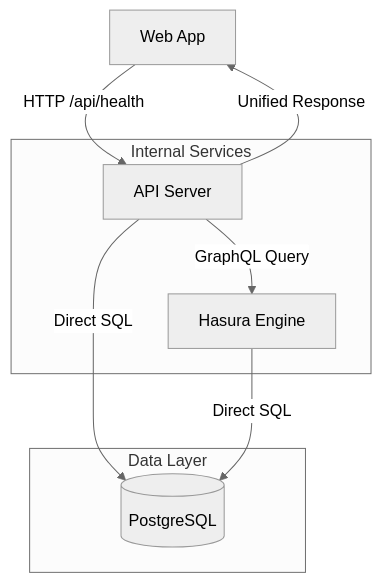
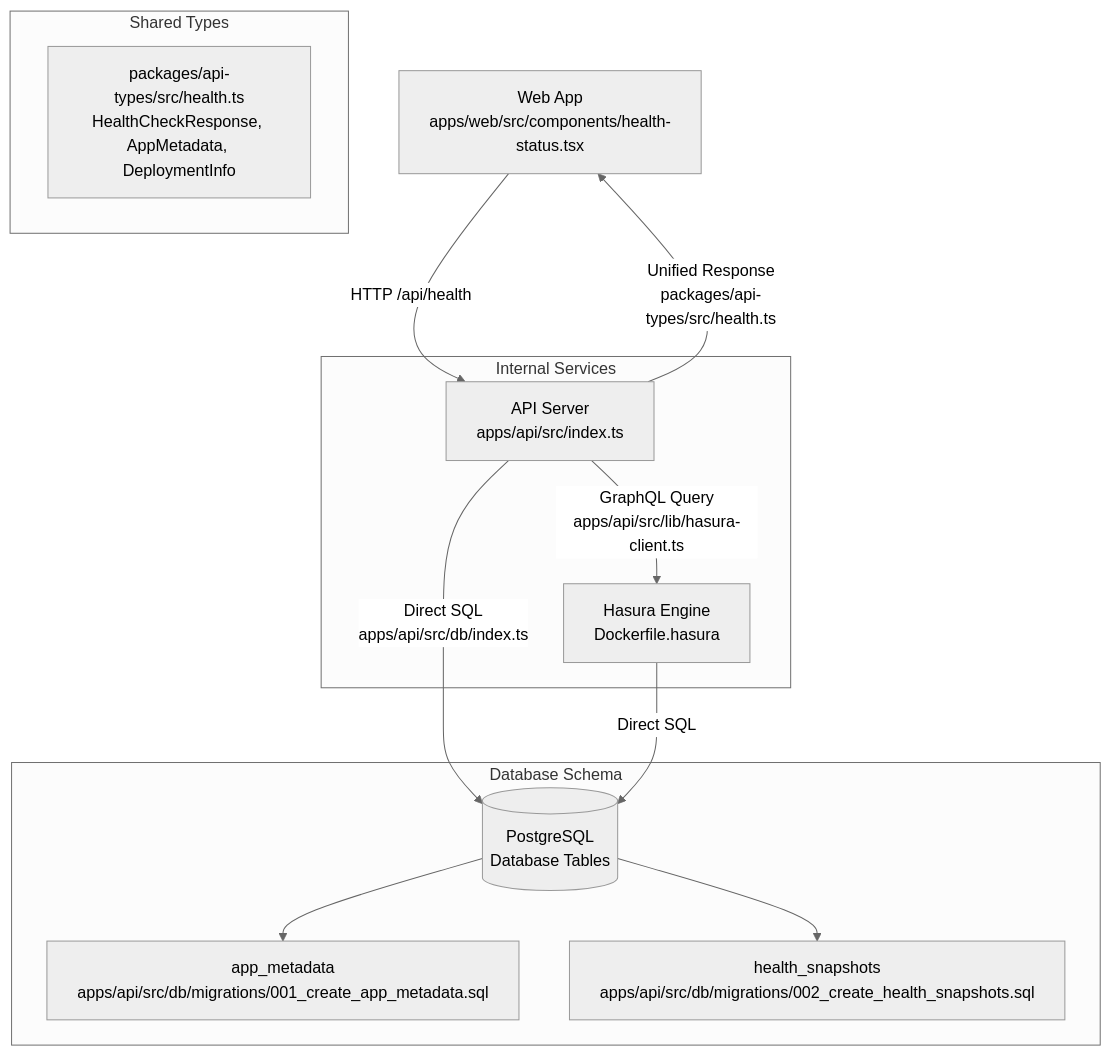
Before and after one commit to vicesoftware/nextjs-fastify-hasura-boilerplate: the second of 2 diagrams in docs/plans/hasura-health-check-integration.md, drawn with Mermaid (neutral theme). The commit also changed other lines of this file, not shown here.

Commit message:
docs: enhance architecture overview with specific file names and implementation details

````diff
--- a/docs/plans/hasura-health-check-integration.md
+++ b/docs/plans/hasura-health-check-integration.md
@@ -81,17 +84,24 @@
 ```mermaid
 graph TD
-    A[Web App] -->|HTTP /api/health| B[API Server]
-    B -->|Direct SQL| C[(PostgreSQL)]
-    B -->|GraphQL Query| D[Hasura Engine]
+    A[Web App<br/>apps/web/src/components/health-status.tsx] -->|HTTP /api/health| B[API Server<br/>apps/api/src/index.ts]
+    B -->|Direct SQL<br/>apps/api/src/db/index.ts| C[(PostgreSQL<br/>Database Tables)]
+    B -->|GraphQL Query<br/>apps/api/src/lib/hasura-client.ts| D[Hasura Engine<br/>Dockerfile.hasura]
     D -->|Direct SQL| C
-    B -->|Unified Response| A
+    B -->|Unified Response<br/>packages/api-types/src/health.ts| A
+
+    subgraph "Database Schema"
+        C1[app_metadata<br/>apps/api/src/db/migrations/001_create_app_metadata.sql]
+        C2[health_snapshots<br/>apps/api/src/db/migrations/002_create_health_snapshots.sql]
+        C --> C1
+        C --> C2
+    end
 
     subgraph "Internal Services"
         B
         D
     end
 
-    subgraph "Data Layer"
-        C
+    subgraph "Shared Types"
+        E[packages/api-types/src/health.ts<br/>HealthCheckResponse, AppMetadata, DeploymentInfo]
     end
 ```
````
